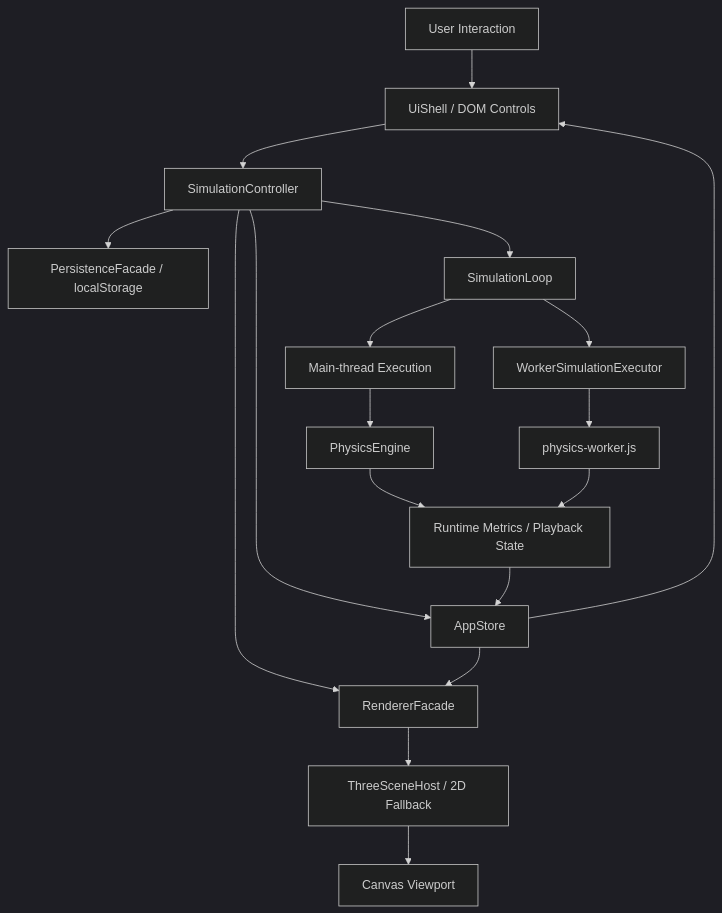
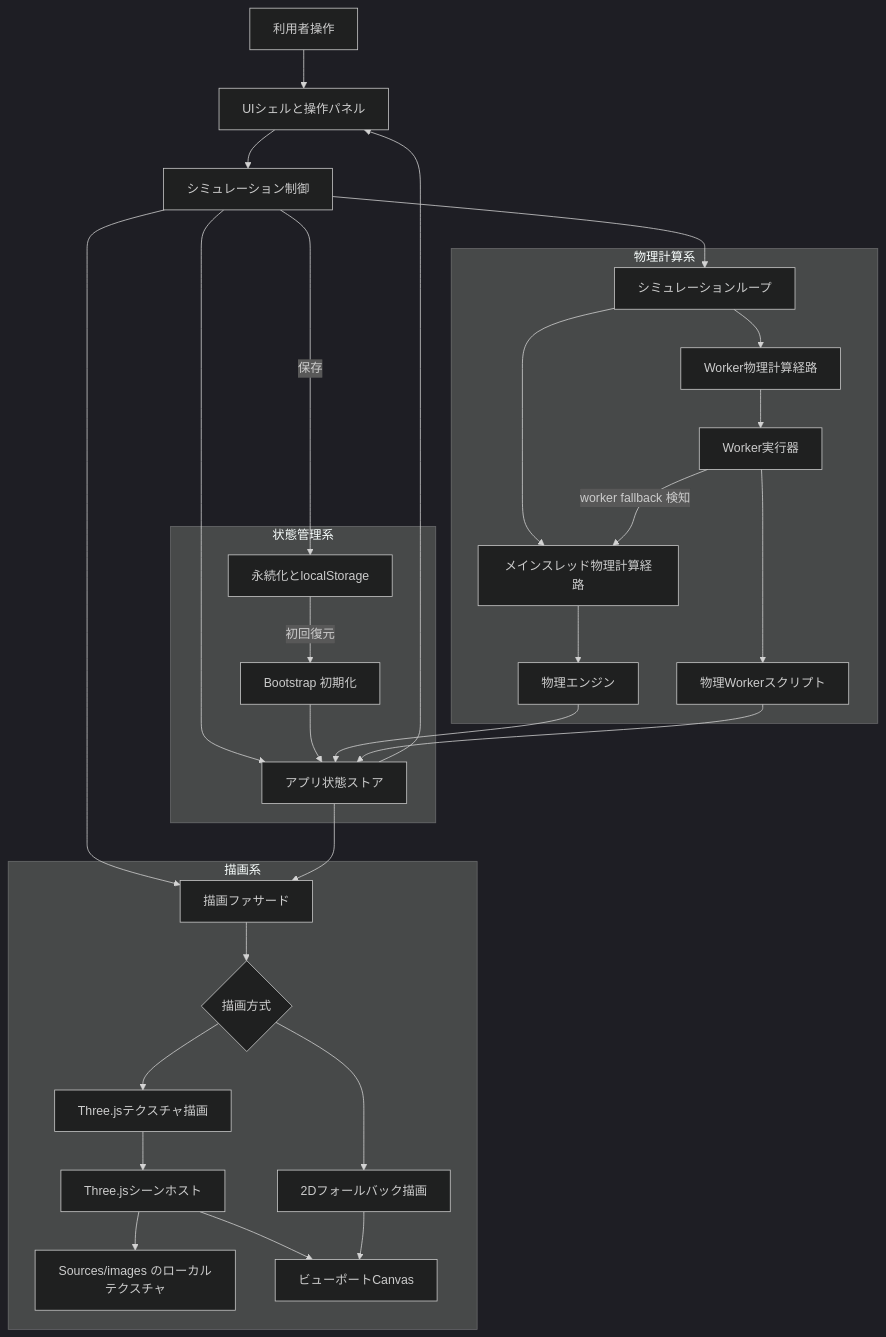
The diagram in README.ja.md (Fujiwo/Shos.NBodyProblemSimulator), drawn with Mermaid (dark theme) before and after one commit. The commit also changed other lines of this file and 1 other file, not shown here.

Commit message:
feat: update flowchart in README files for improved clarity on architecture and data flow

````diff
--- a/README.ja.md
+++ b/README.ja.md
@@ -25,20 +25,41 @@
 ```mermaid
 flowchart TD
-	User[User Interaction] --> UI[UiShell / DOM Controls]
-	UI --> Controller[SimulationController]
-	Controller --> Store[AppStore]
-	Controller --> Persistence[PersistenceFacade / localStorage]
-	Controller --> Renderer[RendererFacade]
-	Controller --> Loop[SimulationLoop]
-	Loop --> MainExec[Main-thread Execution]
-	Loop --> WorkerExec[WorkerSimulationExecutor]
-	MainExec --> Physics[PhysicsEngine]
-	WorkerExec --> Worker[physics-worker.js]
-	Physics --> RuntimeState[Runtime Metrics / Playback State]
-	Worker --> RuntimeState
-	RuntimeState --> Store
-	Store --> UI
-	Store --> Renderer
-	Renderer --> ThreeHost[ThreeSceneHost / 2D Fallback]
-	ThreeHost --> Viewport[Canvas Viewport]
+	利用者操作[利用者操作] --> UI操作[UIシェルと操作パネル]
+	UI操作 --> 制御[シミュレーション制御]
+	制御 --> ループ[シミュレーションループ]
+	制御 --> 描画[描画ファサード]
+
+	subgraph 状態管理系[状態管理系]
+		状態[アプリ状態ストア]
+		初期化[Bootstrap 初期化]
+		永続化[永続化とlocalStorage]
+	end
+
+	subgraph 物理計算系[物理計算系]
+		ループ --> 主経路[メインスレッド物理計算経路]
+		ループ --> Worker経路[Worker物理計算経路]
+		主経路 --> 物理[物理エンジン]
+		Worker経路 --> Worker実行器[Worker実行器]
+		Worker実行器 --> 物理Worker[物理Workerスクリプト]
+		Worker実行器 -- worker fallback 検知 --> 主経路
+	end
+
+	subgraph 描画系[描画系]
+		描画 --> 描画方式{描画方式}
+		描画方式 --> Three描画[Three.jsテクスチャ描画]
+		描画方式 --> 二次元描画[2Dフォールバック描画]
+		Three描画 --> Threeホスト[Three.jsシーンホスト]
+		Threeホスト --> テクスチャ[Sources/images のローカルテクスチャ]
+		Threeホスト --> ビューポート[ビューポートCanvas]
+		二次元描画 --> ビューポート
+	end
+
+	制御 --> 状態
+	制御 -- 保存 --> 永続化
+	永続化 -- 初回復元 --> 初期化
+	初期化 --> 状態
+	物理 --> 状態
+	物理Worker --> 状態
+	状態 --> UI操作
+	状態 --> 描画
 ```
````
